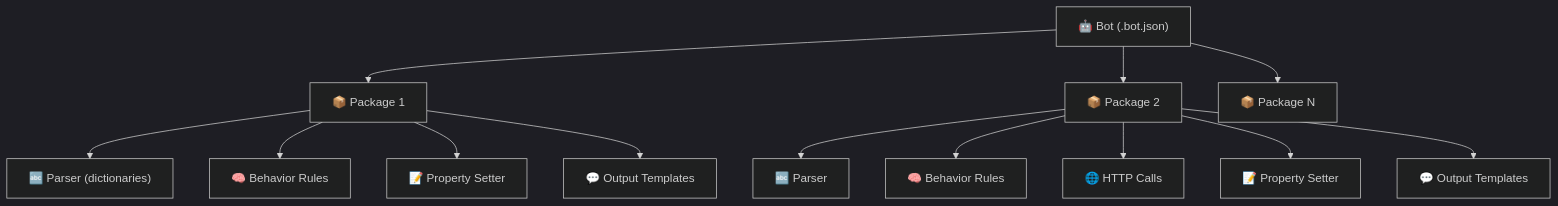
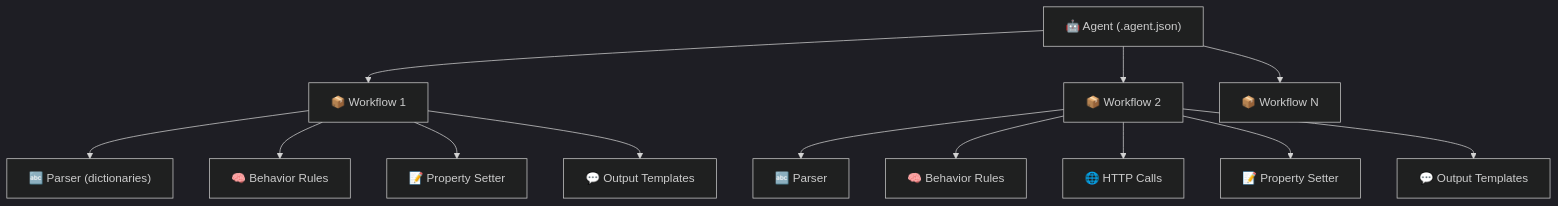
One commit to labsai/EDDI changed the first of 5 diagrams in docs/v6-planning/business-logic-analysis.md. Above: the diagram before and after it, drawn with Mermaid (dark theme). The commit also changed other lines of this file and 357 other files, not shown here.

````diff
--- a/docs/v6-planning/business-logic-analysis.md
+++ b/docs/v6-planning/business-logic-analysis.md
@@ -9,15 +9,15 @@
 ```mermaid
 graph TD
-    Bot["🤖 Bot (.bot.json)"] --> P1["📦 Package 1"]
-    Bot --> P2["📦 Package 2"]
-    Bot --> PN["📦 Package N"]
+    Agent["🤖 Agent (.agent.json)"] --> P1["📦 Workflow 1"]
+    Agent --> P2["📦 Workflow 2"]
+    Agent --> PN["📦 Workflow N"]
     P1 --> Parser1["🔤 Parser (dictionaries)"]
     P1 --> Behavior1["🧠 Behavior Rules"]
     P1 --> Property1["📝 Property Setter"]
     P1 --> Output1["💬 Output Templates"]
     P2 --> Parser2["🔤 Parser"]
     P2 --> Behavior2["🧠 Behavior Rules"]
     P2 --> HttpCalls2["🌐 HTTP Calls"]
     P2 --> Property2["📝 Property Setter"]
     P2 --> Output2["💬 Output Templates"]
 ```
````
